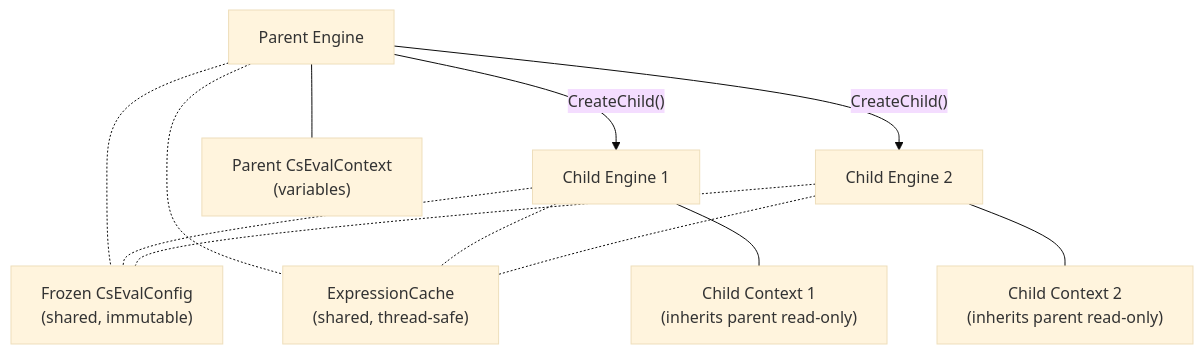
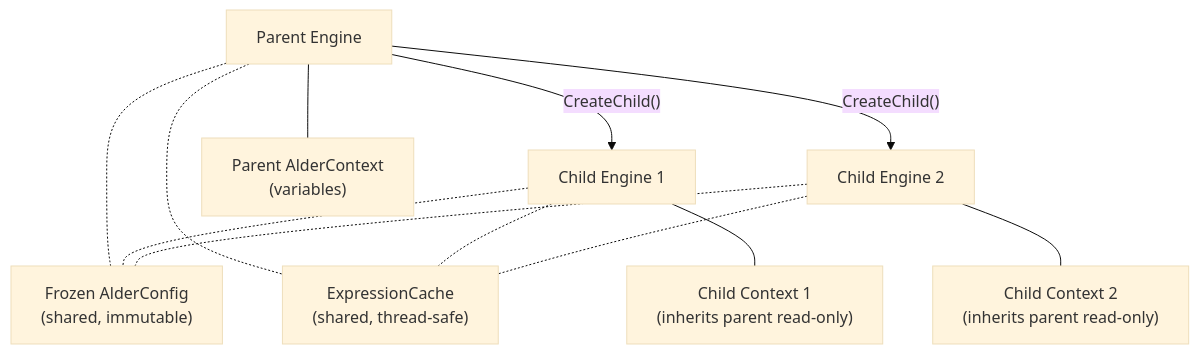
Before and after one commit to MartiSilvio/Alder: the fourth of 4 diagrams in docs/architecture/pipeline.md, drawn with Mermaid (base theme). The commit also changed other lines of this file and 3509 other files, not shown here.

Commit message:
rename CsEval to Alder

````diff
--- a/docs/architecture/pipeline.md
+++ b/docs/architecture/pipeline.md
@@ -136,14 +136,14 @@
 ```mermaid
 flowchart TD
     P["Parent Engine"] --> |"CreateChild()"| C1["Child Engine 1"]
     P --> |"CreateChild()"| C2["Child Engine 2"]
-    P -.- FC["Frozen CsEvalConfig\n(shared, immutable)"]
+    P -.- FC["Frozen AlderConfig\n(shared, immutable)"]
     P -.- EC["ExpressionCache\n(shared, thread-safe)"]
     C1 -.- FC
     C1 -.- EC
     C2 -.- FC
     C2 -.- EC
-    P --- PC["Parent CsEvalContext\n(variables)"]
+    P --- PC["Parent AlderContext\n(variables)"]
     C1 --- CC1["Child Context 1\n(inherits parent read-only)"]
     C2 --- CC2["Child Context 2\n(inherits parent read-only)"]
 ```
````
